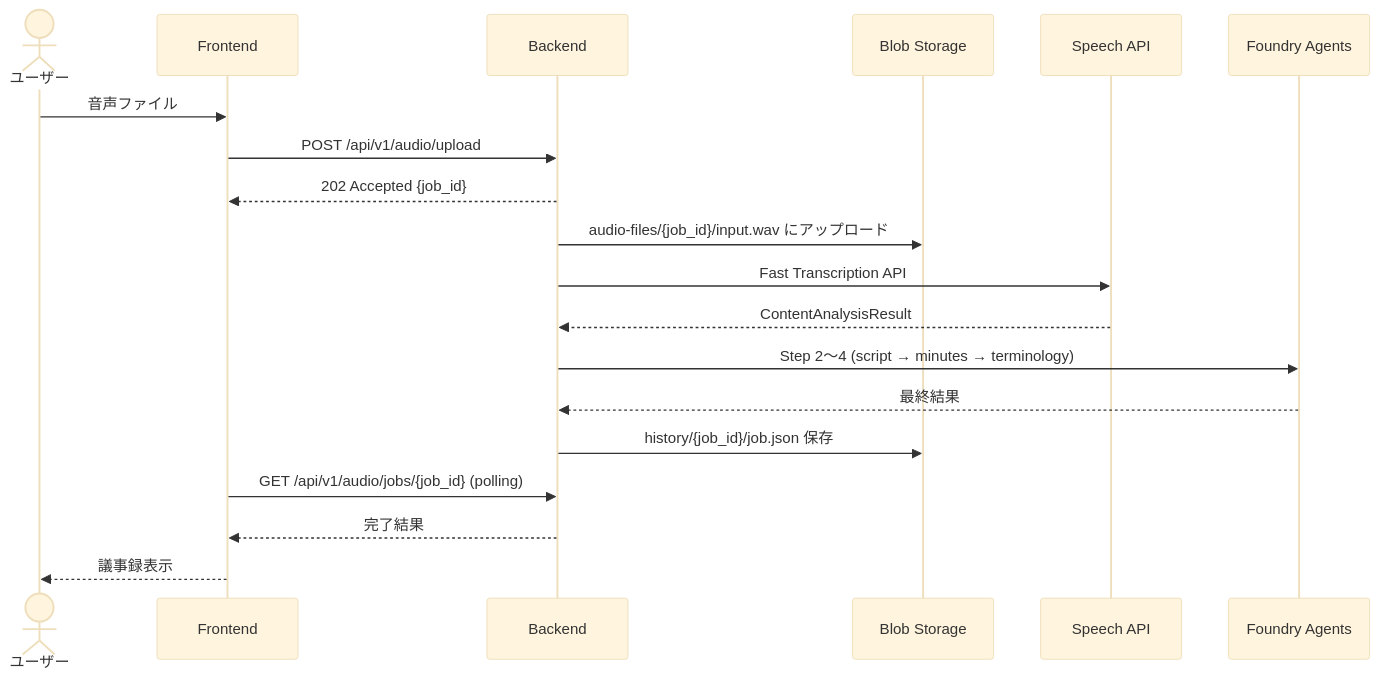
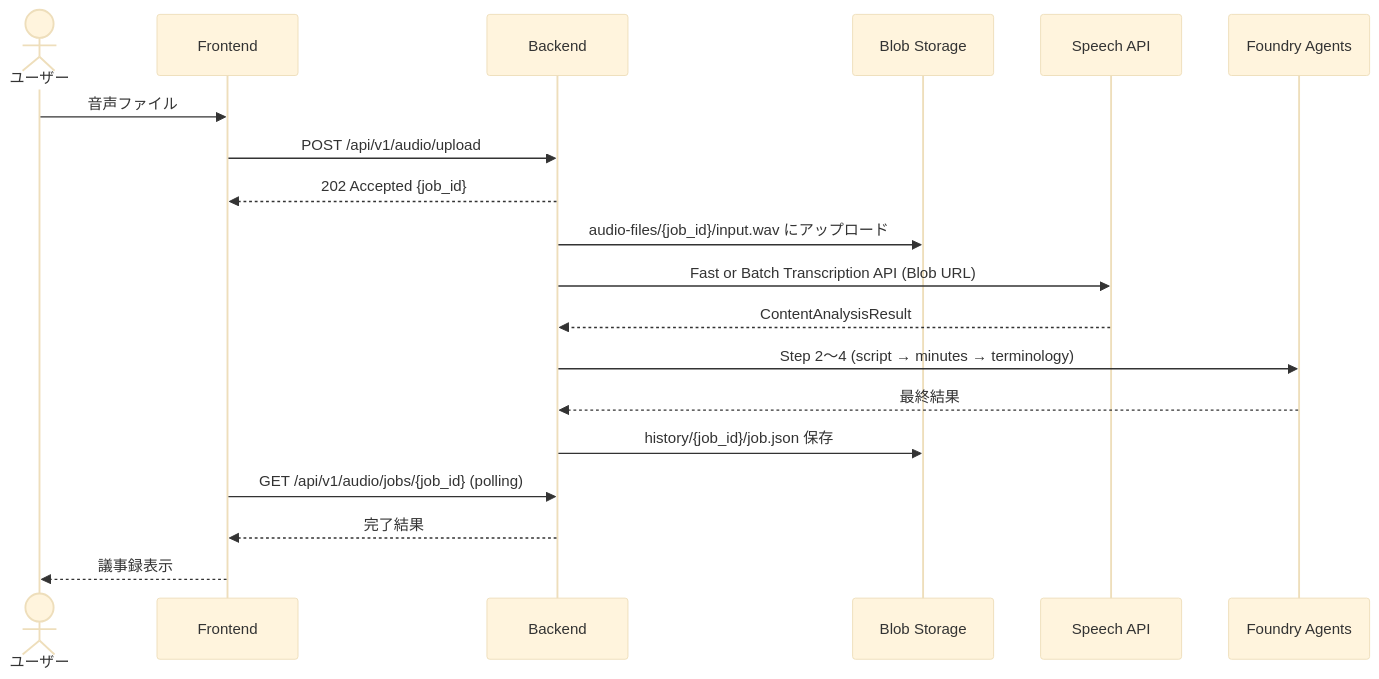
The fifth of 6 diagrams in docs/architecture.md (0ht/meeting-minutes-agent), drawn with Mermaid (base theme) before and after one commit. The commit also changed other lines of this file and 41 other files, not shown here.

````diff
--- a/docs/architecture.md
+++ b/docs/architecture.md
@@ -272,22 +334,22 @@
 ```mermaid
 sequenceDiagram
     actor User as ユーザー
     participant FE as Frontend
     participant BE as Backend
     participant ST as Blob Storage
     participant Speech as Speech API
     participant Agent as Foundry Agents
 
     User->>FE: 音声ファイル
     FE->>BE: POST /api/v1/audio/upload
     BE-->>FE: 202 Accepted {job_id}
     BE->>ST: audio-files/{job_id}/input.wav にアップロード
-    BE->>Speech: Fast Transcription API
+    BE->>Speech: Fast or Batch Transcription API (Blob URL)
     Speech-->>BE: ContentAnalysisResult
     BE->>Agent: Step 2〜4 (script → minutes → terminology)
     Agent-->>BE: 最終結果
     BE->>ST: history/{job_id}/job.json 保存
     FE->>BE: GET /api/v1/audio/jobs/{job_id} (polling)
     BE-->>FE: 完了結果
     FE-->>User: 議事録表示
 ```
````
